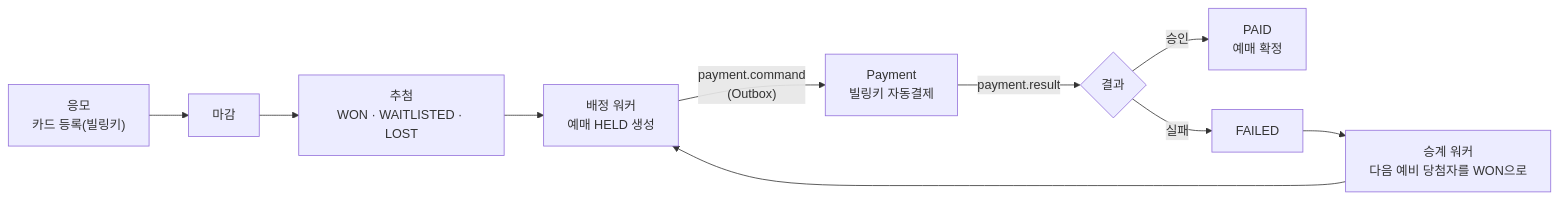
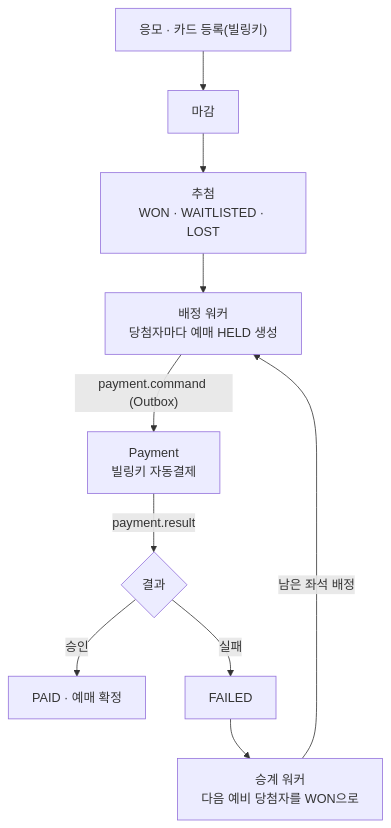
One commit to GGangMY/high-quality-ticketing-system changed the sixth of 8 diagrams in README.md. Above: the diagram before and after it, drawn with Mermaid. The commit also changed other lines of this file, not shown here.

Commit message:
docs(readme): 다이어그램 배치를 GitHub 화면 폭에 맞게 고치고 배지를 키움 #ISE-308

````diff
--- a/README.md
+++ b/README.md
@@ -264,12 +255,12 @@
 ```mermaid
-flowchart LR
-  E["응모<br/>카드 등록(빌링키)"] --> CL["마감"]
+flowchart TB
+  E["응모 · 카드 등록(빌링키)"] --> CL["마감"]
   CL --> DR["추첨<br/>WON · WAITLISTED · LOST"]
-  DR --> AS["배정 워커<br/>예매 HELD 생성"]
-  AS -->|"payment.command<br/>(Outbox)"| PB["Payment<br/>빌링키 자동결제"]
+  DR --> AS["배정 워커<br/>당첨자마다 예매 HELD 생성"]
+  AS -->|"payment.command (Outbox)"| PB["Payment<br/>빌링키 자동결제"]
   PB -->|payment.result| RS{"결과"}
-  RS -->|승인| PAID["PAID<br/>예매 확정"]
+  RS -->|승인| PAID["PAID · 예매 확정"]
   RS -->|실패| FL["FAILED"]
   FL --> SC["승계 워커<br/>다음 예비 당첨자를 WON으로"]
-  SC --> AS
+  SC -->|남은 좌석 배정| AS
 ```
````
